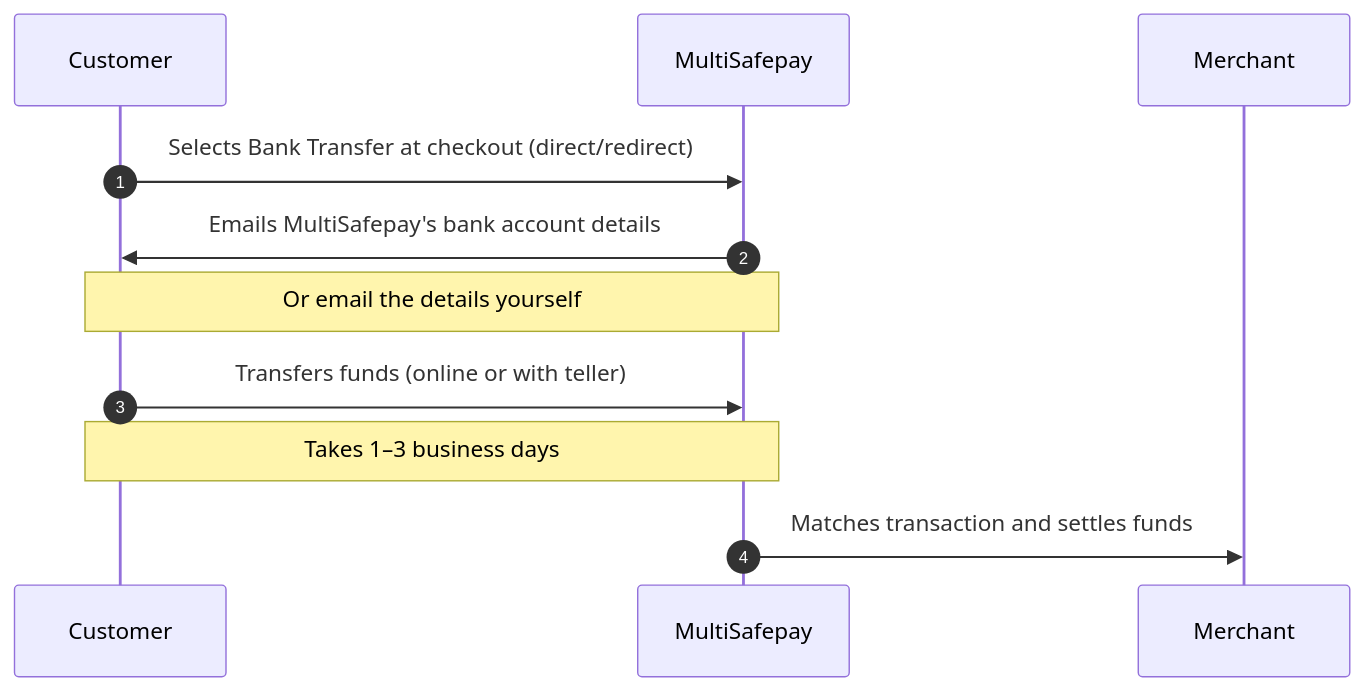
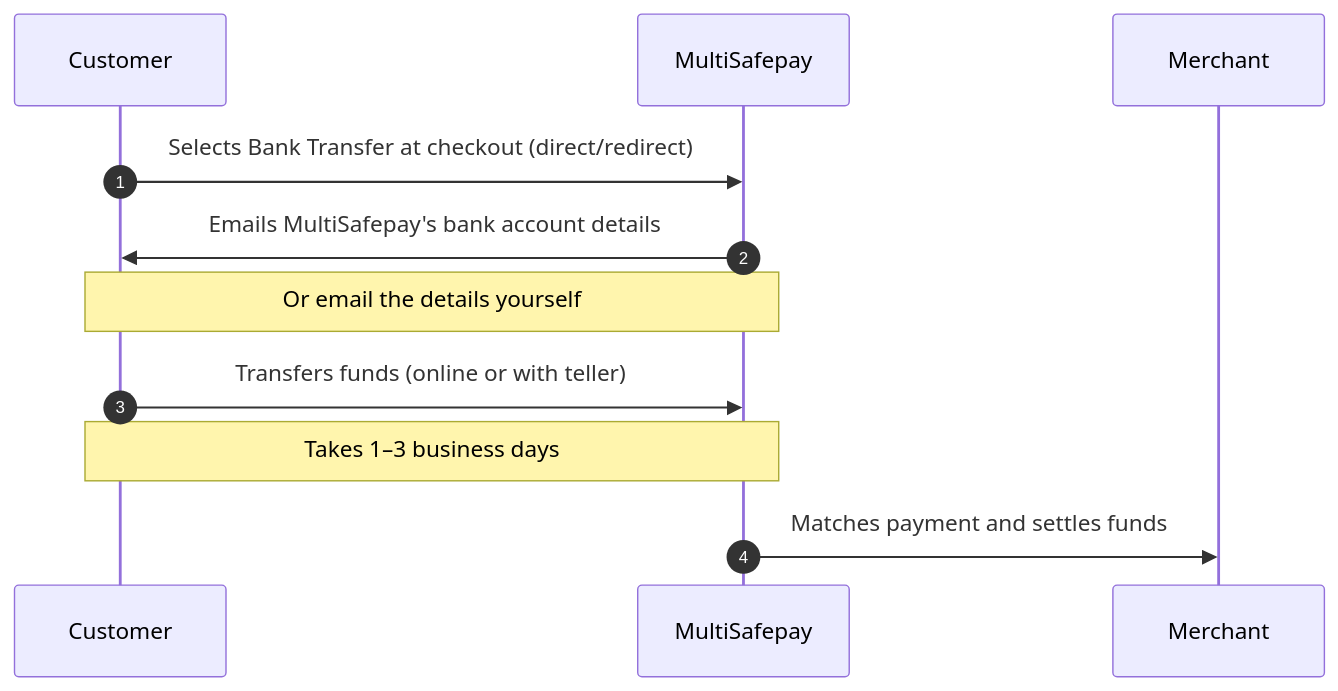
Before and after one commit to MultiSafepay/docs: the diagram in content/payments/methods/banks/bank-transfer/payment-flow.md, drawn with Mermaid. The commit also changed other lines of this file and 9 other files, not shown here.

```diff
--- a/content/payments/methods/banks/bank-transfer/payment-flow.md
+++ b/content/payments/methods/banks/bank-transfer/payment-flow.md
@@ -17,16 +17,16 @@
 {{< mermaid class="text-center" >}}
 
 sequenceDiagram
     autonumber
     participant C as Customer
     participant Mu as MultiSafepay
     participant Me as Merchant
 
     C->>Mu: Selects Bank Transfer at checkout (direct/redirect)
     Mu->>C: Emails MultiSafepay's bank account details
     Note over Mu,C: Or email the details yourself
     C->>Mu: Transfers funds (online or with teller)
     Note over C,Mu: Takes 1–3 business days 
-    Mu->>Me: Matches transaction and settles funds
+    Mu->>Me: Matches payment and settles funds
     
 {{< /mermaid >}}
```
